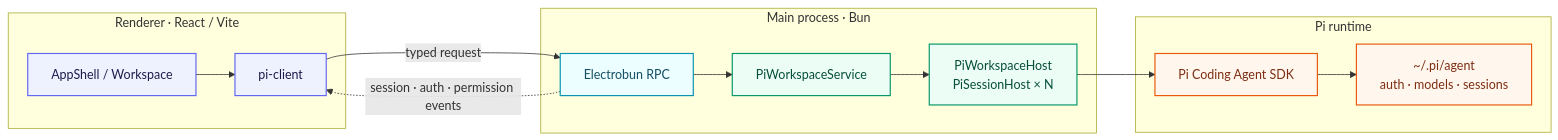
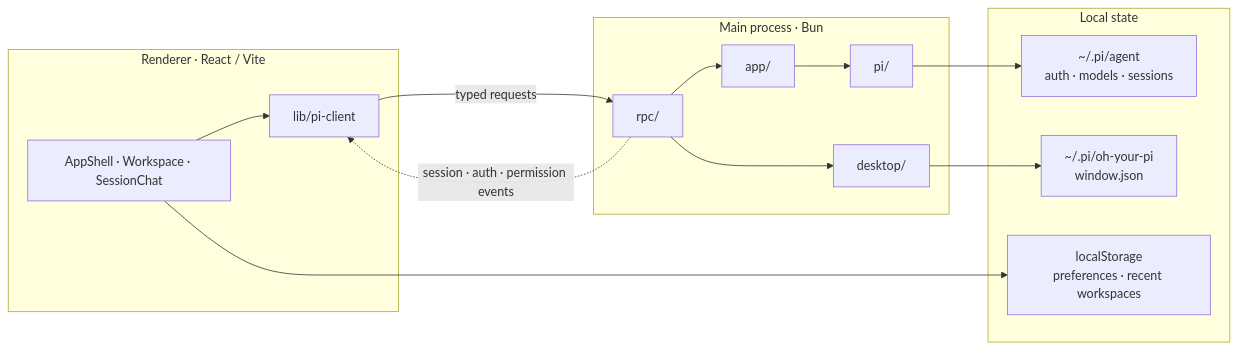
Before and after one commit to wind-chasers/oh-your-pi: the diagram in ai.prompt/architecture.md, drawn with Mermaid. The commit also changed other lines of this file and 61 other files, not shown here.

````diff
--- a/ai.prompt/architecture.md
+++ b/ai.prompt/architecture.md
@@ -7,24 +19,25 @@
 ```mermaid
 flowchart LR
-  subgraph View["Renderer · React / Vite"]
-    UI["AppShell / Workspace"] --> Client["pi-client"]
+  subgraph Renderer["Renderer · React / Vite"]
+    UI["AppShell · Workspace · SessionChat"] --> Client["lib/pi-client"]
   end
+
   subgraph Main["Main process · Bun"]
-    RPC["Electrobun RPC"] --> Service["PiWorkspaceService"] --> Hosts["PiWorkspaceHost\nPiSessionHost × N"]
+    RPC["rpc/"] --> App["app/"]
+    App --> Pi["pi/"]
+    Desktop["desktop/"]
   end
-  subgraph Runtime["Pi runtime"]
-    SDK["Pi Coding Agent SDK"] --> Agent["~/.pi/agent\nauth · models · sessions"]
+
+  subgraph Storage["Local state"]
+    Agent["~/.pi/agent\nauth · models · sessions"]
+    AppState["~/.pi/oh-your-pi\nwindow.json"]
+    BrowserState["localStorage\npreferences · recent workspaces"]
   end
-  Client -->|"typed request"| RPC
+
+  Client -->|"typed requests"| RPC
   RPC -. "session · auth · permission events" .-> Client
-  Hosts --> SDK
-
-  classDef view fill:#EEF2FF,stroke:#6366F1,color:#1E1B4B,stroke-width:1.5px;
-  classDef bridge fill:#ECFEFF,stroke:#0891B2,color:#164E63,stroke-width:1.5px;
-  classDef core fill:#ECFDF5,stroke:#059669,color:#064E3B,stroke-width:1.5px;
-  classDef runtime fill:#FFF7ED,stroke:#EA580C,color:#7C2D12,stroke-width:1.5px;
-  class UI,Client view;
-  class RPC bridge;
-  class Service,Hosts core;
-  class SDK,Agent runtime;
+  RPC --> Desktop
+  Pi --> Agent
+  Desktop --> AppState
+  UI --> BrowserState
 ```
````
